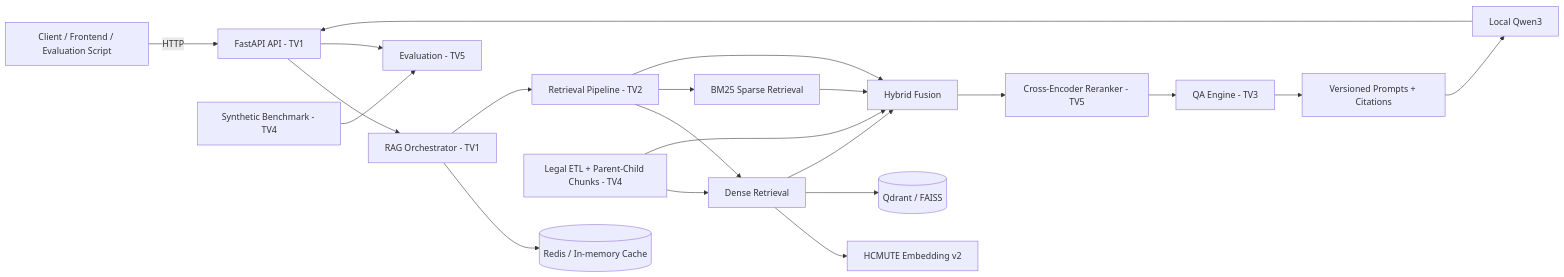
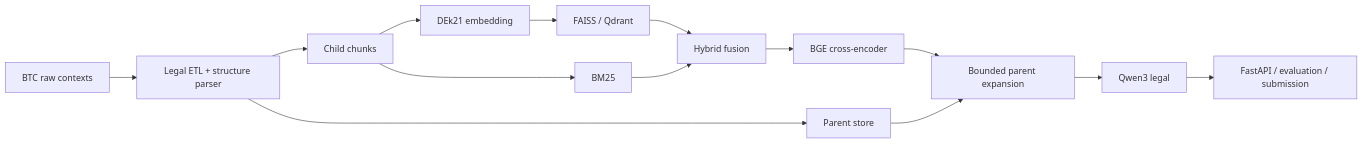
One commit to solvarhuynh/UIT-Data-Science-Challenge-2026 changed the diagram in README.md. Above: the diagram before and after it, drawn with Mermaid. The commit also changed other lines of this file and 41 other files, not shown here.

````diff
--- a/README.md
+++ b/README.md
@@ -27,23 +35,16 @@
 ```mermaid
 flowchart LR
-    C[Client / Frontend / Evaluation Script] -->|HTTP| API[FastAPI API - TV1]
-    API --> O[RAG Orchestrator - TV1]
-    O --> Cache[(Redis / In-memory Cache)]
-    O --> RP[Retrieval Pipeline - TV2]
-    RP --> D[Dense Retrieval]
-    D --> E[HCMUTE Embedding v2]
-    D --> V[(Qdrant / FAISS)]
-    RP --> S[BM25 Sparse Retrieval]
-    RP --> H[Hybrid Fusion]
-    S --> H
-    D --> H
-    H --> R[Cross-Encoder Reranker - TV5]
-    R --> Q[QA Engine - TV3]
-    Q --> P[Versioned Prompts + Citations]
-    P --> L[Local Qwen3]
-    L --> API
-    ETL[Legal ETL + Parent-Child Chunks - TV4] --> D
-    ETL --> H
-    Bench[Synthetic Benchmark - TV4] --> Eval[Evaluation - TV5]
-    API --> Eval
+    RAW[BTC raw contexts] --> ETL[Legal ETL + structure parser]
+    ETL --> CHILD[Child chunks]
+    ETL --> PARENT[Parent store]
+    CHILD --> EMB[DEk21 embedding]
+    EMB --> DENSE[FAISS / Qdrant]
+    CHILD --> BM25[BM25]
+    DENSE --> HYBRID[Hybrid fusion]
+    BM25 --> HYBRID
+    HYBRID --> RERANK[BGE cross-encoder]
+    RERANK --> EXPAND[Bounded parent expansion]
+    PARENT --> EXPAND
+    EXPAND --> LLM[Qwen3 legal]
+    LLM --> API[FastAPI / evaluation / submission]
 ```
````
